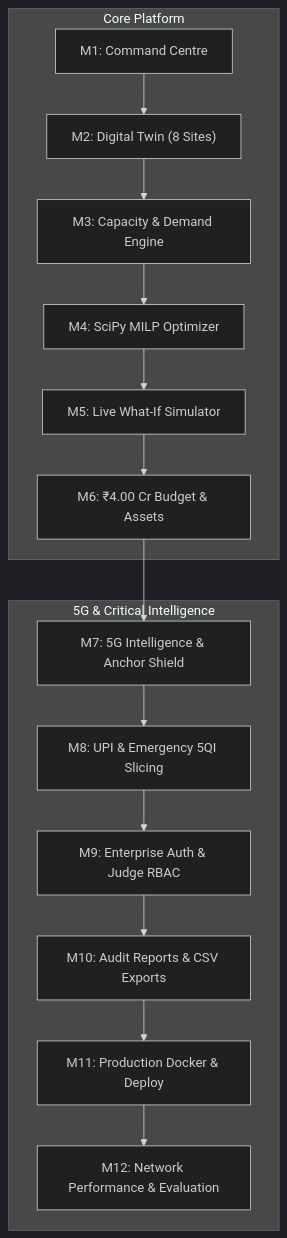
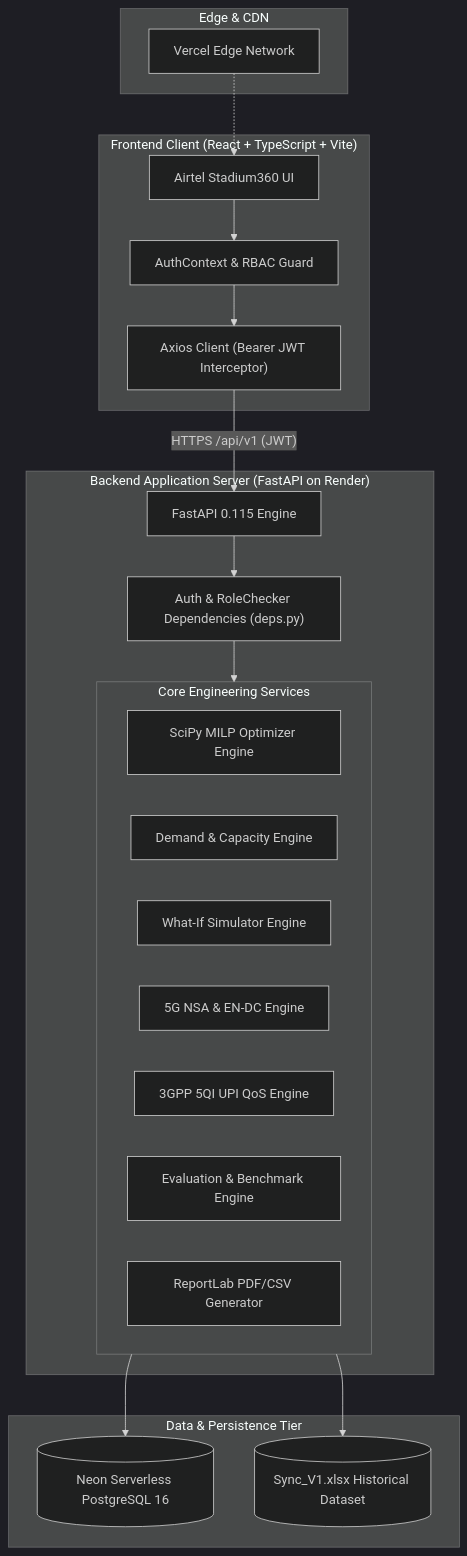
One commit to astha-2004-code/airtel-stadium360 changed the diagram in README.md. Above: the diagram before and after it, drawn with Mermaid (dark theme). The commit also changed other lines of this file and 6 other files, not shown here.

````diff
--- a/README.md
+++ b/README.md
@@ -84,23 +214,41 @@
 ```mermaid
-graph TD
-    subgraph Core Platform
-        M1["M1: Command Centre"]
-        M2["M2: Digital Twin (8 Sites)"]
-        M3["M3: Capacity & Demand Engine"]
-        M4["M4: SciPy MILP Optimizer"]
-        M5["M5: Live What-If Simulator"]
-        M6["M6: ₹4.00 Cr Budget & Assets"]
+flowchart TD
+    subgraph Client["Frontend Client (React + TypeScript + Vite)"]
+        UI["Airtel Stadium360 UI"]
+        AuthCtx["AuthContext & RBAC Guard"]
+        Axios["Axios Client (Bearer JWT Interceptor)"]
     end
 
-    subgraph 5G & Critical Intelligence
-        M7["M7: 5G Intelligence & Anchor Shield"]
-        M8["M8: UPI & Emergency 5QI Slicing"]
-        M9["M9: Enterprise Auth & Judge RBAC"]
-        M10["M10: Audit Reports & CSV Exports"]
-        M11["M11: Production Docker & Deploy"]
-        M12["M12: Network Performance & Evaluation"]
+    subgraph CDN["Edge & CDN"]
+        Vercel["Vercel Edge Network"]
     end
 
-    M1 --> M2 --> M3 --> M4 --> M5 --> M6
-    M6 --> M7 --> M8 --> M9 --> M10 --> M11 --> M12
+    subgraph BackendServer["Backend Application Server (FastAPI on Render)"]
+        API["FastAPI 0.115 Engine"]
+        Deps["Auth & RoleChecker Dependencies (deps.py)"]
+        
+        subgraph Services["Core Engineering Services"]
+            OptEng["SciPy MILP Optimizer Engine"]
+            CapEng["Demand & Capacity Engine"]
+            SimEng["What-If Simulator Engine"]
+            ConnEng["5G NSA & EN-DC Engine"]
+            QosEng["3GPP 5QI UPI QoS Engine"]
+            EvalEng["Evaluation & Benchmark Engine"]
+            RepEng["ReportLab PDF/CSV Generator"]
+        end
+    end
+
+    subgraph DataTier["Data & Persistence Tier"]
+        NeonDB[("Neon Serverless PostgreSQL 16")]
+        SyncData[("Sync_V1.xlsx Historical Dataset")]
+    end
+
+    UI --> AuthCtx
+    AuthCtx --> Axios
+    Vercel -.-> UI
+    Axios -- "HTTPS /api/v1 (JWT)" --> API
+    API --> Deps
+    Deps --> Services
+    Services --> NeonDB
+    Services --> SyncData
 ```
````
